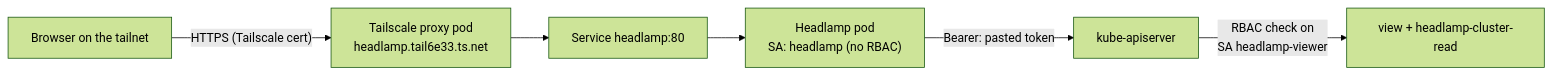
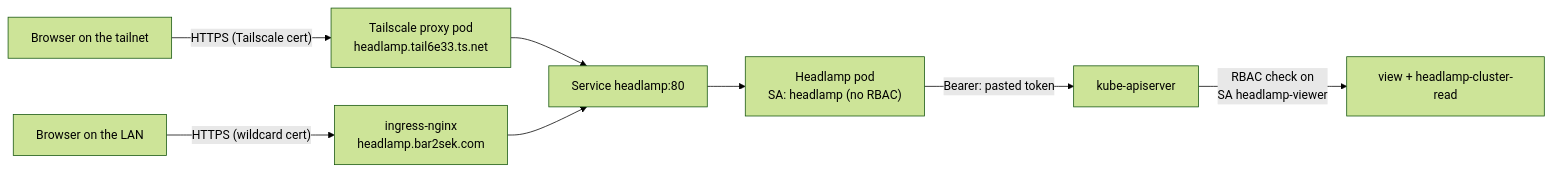
The diagram in docs/113-headlamp-cluster-ui.md (bar2sek/personal-technology), drawn with Mermaid (forest theme) before and after one commit. The commit also changed other lines of this file and 5 other files, not shown here.

First line of the commit message:
feat(headlamp): add headlamp.bar2sek.com LAN hostname

````diff
--- a/docs/113-headlamp-cluster-ui.md
+++ b/docs/113-headlamp-cluster-ui.md
@@ -32,8 +46,10 @@
 ```mermaid
 graph LR
     MAC["Browser on the tailnet"] -->|"HTTPS (Tailscale cert)"| TSP["Tailscale proxy pod<br/>headlamp.tail6e33.ts.net"]
+    LAN["Browser on the LAN"] -->|"HTTPS (wildcard cert)"| NGINX["ingress-nginx<br/>headlamp.bar2sek.com"]
     TSP --> SVC["Service headlamp:80"]
+    NGINX --> SVC
     SVC --> POD["Headlamp pod<br/>SA: headlamp (no RBAC)"]
     POD -->|"Bearer: pasted token"| API["kube-apiserver"]
     API -->|"RBAC check on<br/>SA headlamp-viewer"| RB["view + headlamp-cluster-read"]
 ```
````
